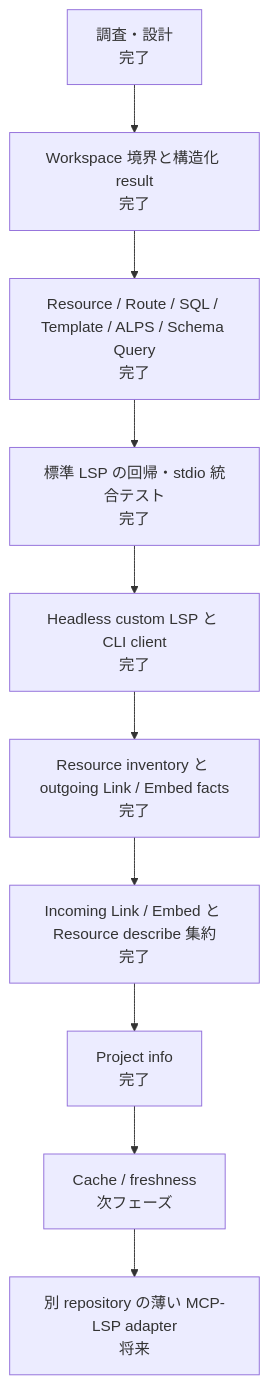
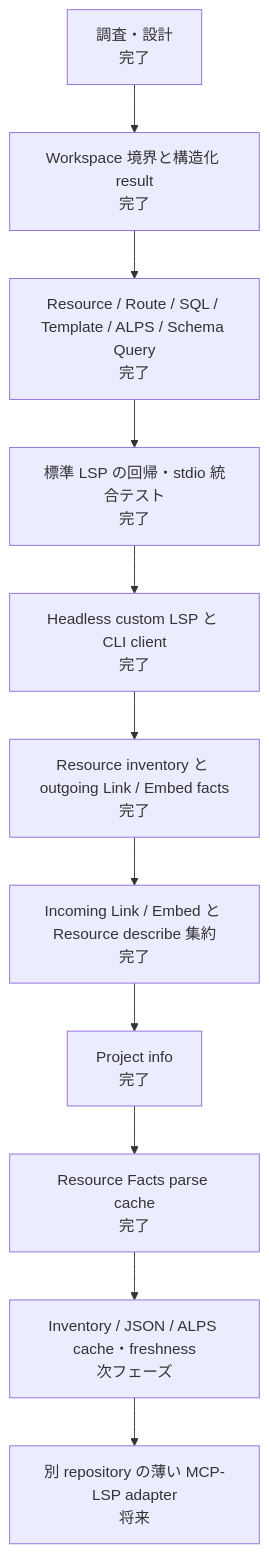
One commit to suzumaze/bear-phpactor-extension changed the second of 2 diagrams in docs/semantic-lsp-progress.ja.md. Above: the diagram before and after it, drawn with Mermaid. The commit also changed 4 other files, not shown here.

Commit message:
perf: cache parsed resource facts

````diff
--- a/docs/semantic-lsp-progress.ja.md
+++ b/docs/semantic-lsp-progress.ja.md
@@ -31,15 +31,16 @@
 ```mermaid
 flowchart TD
     p0["調査・設計\n完了"]
     p1["Workspace 境界と構造化 result\n完了"]
     p2["Resource / Route / SQL / Template / ALPS / Schema Query\n完了"]
     p3["標準 LSP の回帰・stdio 統合テスト\n完了"]
     p4["Headless custom LSP と CLI client\n完了"]
     p5["Resource inventory と outgoing Link / Embed facts\n完了"]
     p6["Incoming Link / Embed と Resource describe 集約\n完了"]
     p7["Project info\n完了"]
-    p75["Cache / freshness\n次フェーズ"]
+    p75["Resource Facts parse cache\n完了"]
+    p76["Inventory / JSON / ALPS cache・freshness\n次フェーズ"]
     p8["別 repository の薄い MCP-LSP adapter\n将来"]
 
-    p0 --> p1 --> p2 --> p3 --> p4 --> p5 --> p6 --> p7 --> p75 --> p8
+    p0 --> p1 --> p2 --> p3 --> p4 --> p5 --> p6 --> p7 --> p75 --> p76 --> p8
 ```
````
